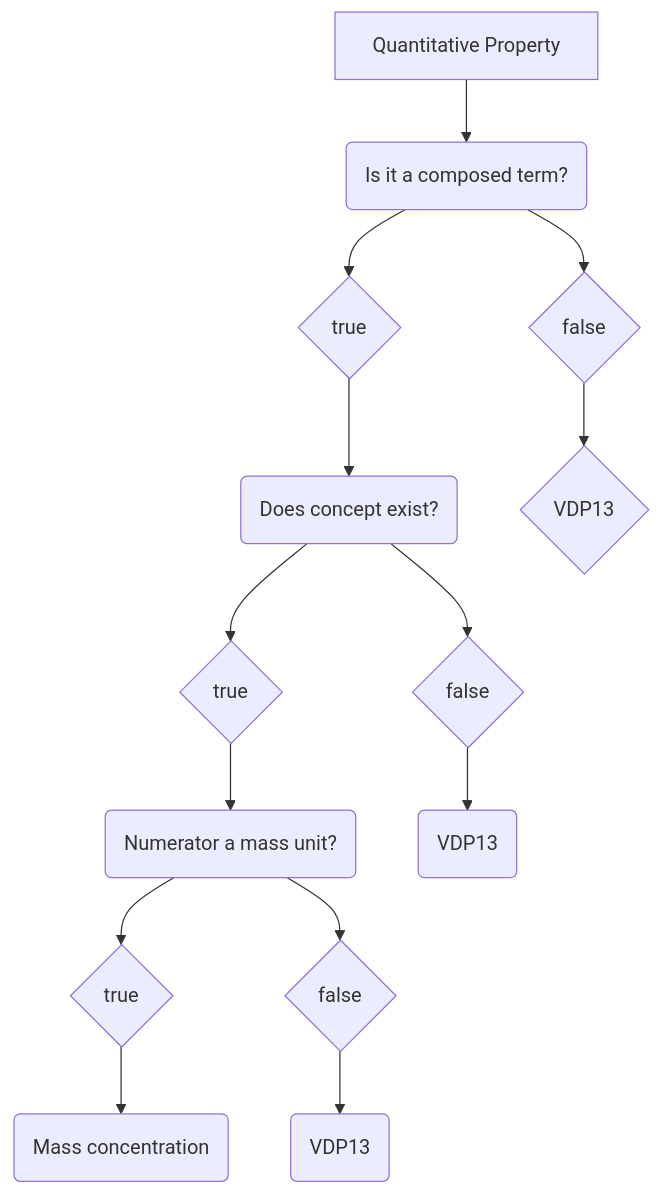
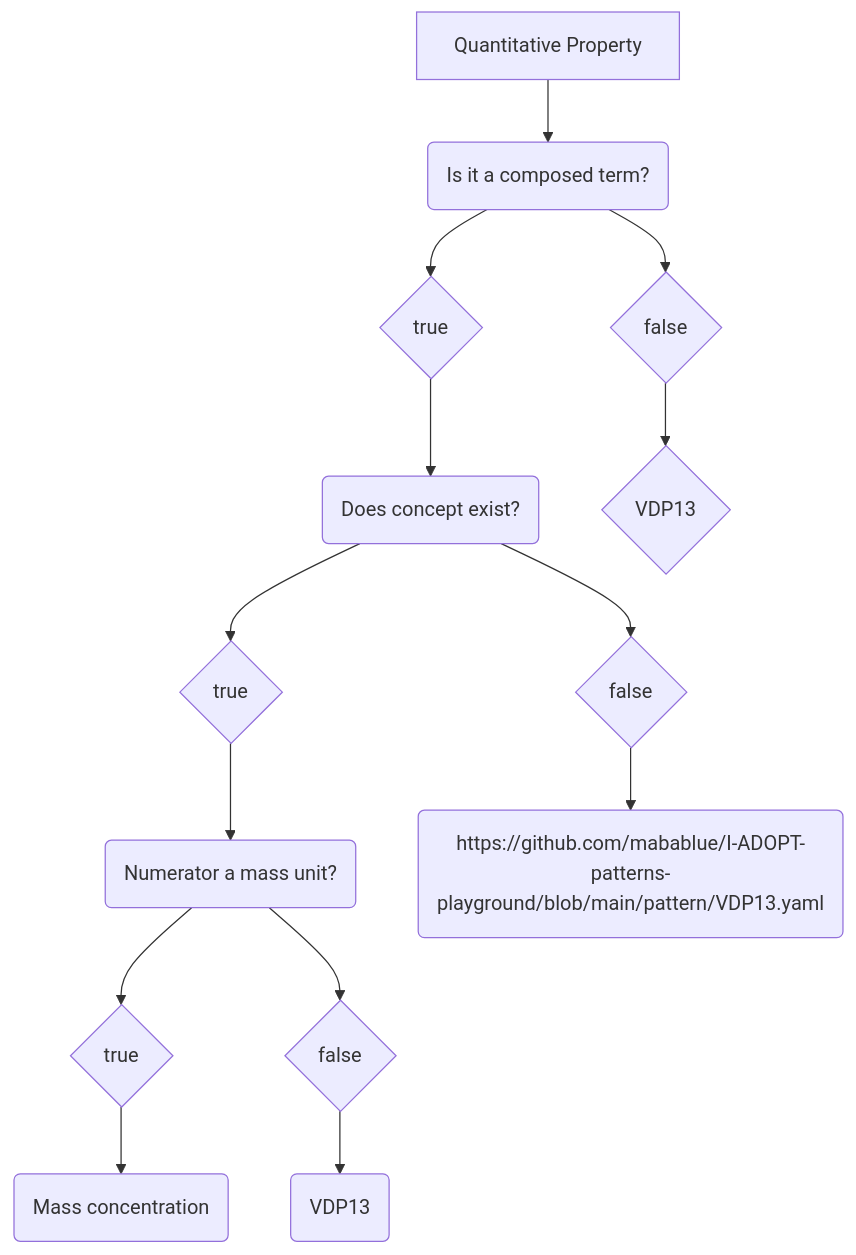
One commit to mabablue/I-ADOPT-patterns-playground changed the diagram in Decisition_trees/DT1.mmd. Above: the diagram before and after it, drawn with Mermaid.

```diff
--- a/Decisition_trees/DT1.mmd
+++ b/Decisition_trees/DT1.mmd
@@ -1,14 +1,14 @@
 flowchart TD
     A[Quantitative Property] --> B(Is it a composed term?)
     B --> C{true}
     B --> D{false}
     C --> E(Does concept exist?) 
     E --> F{true}
     E --> G{false}
     F --> H(Numerator a mass unit?)
     D --> I{VDP13} 
-    G --> J(VDP13)
+    G --> J(https://github.com/mabablue/I-ADOPT-patterns-playground/blob/main/pattern/VDP13.yaml)
     H --> L{true}
     L --> M(Mass concentration)
     H --> N{false}
     N --> O(VDP13)
```
